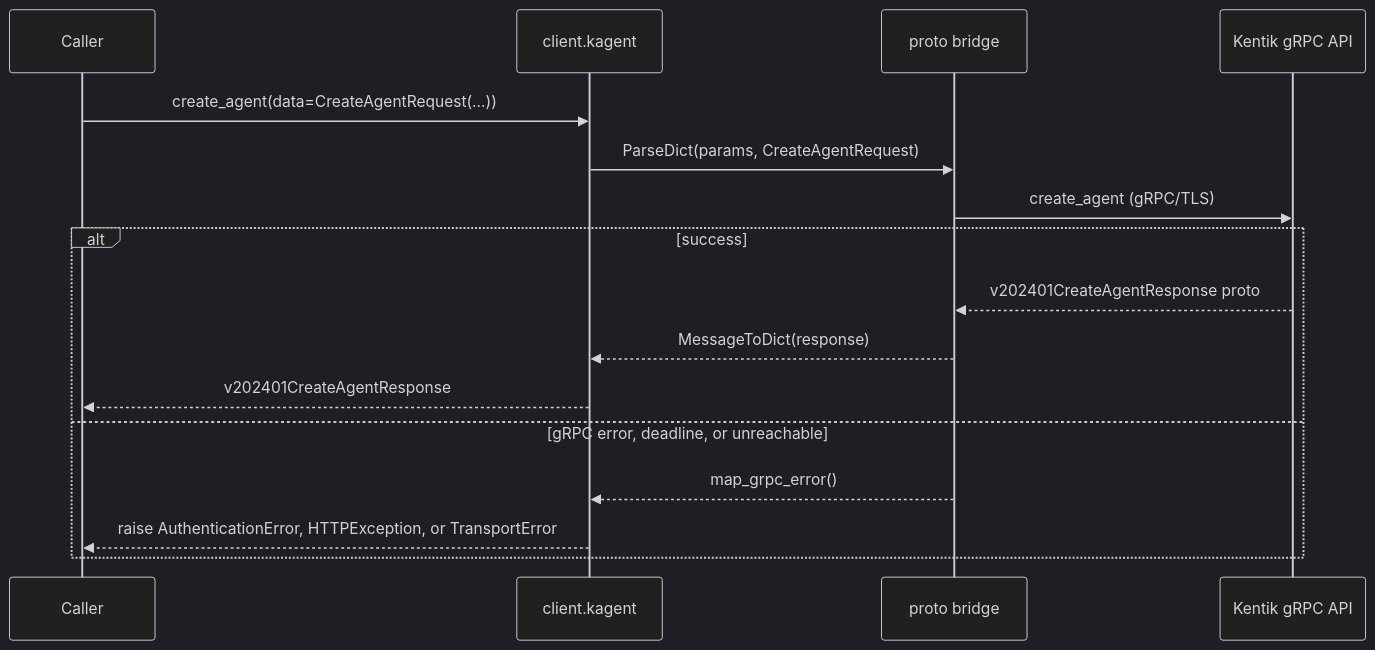
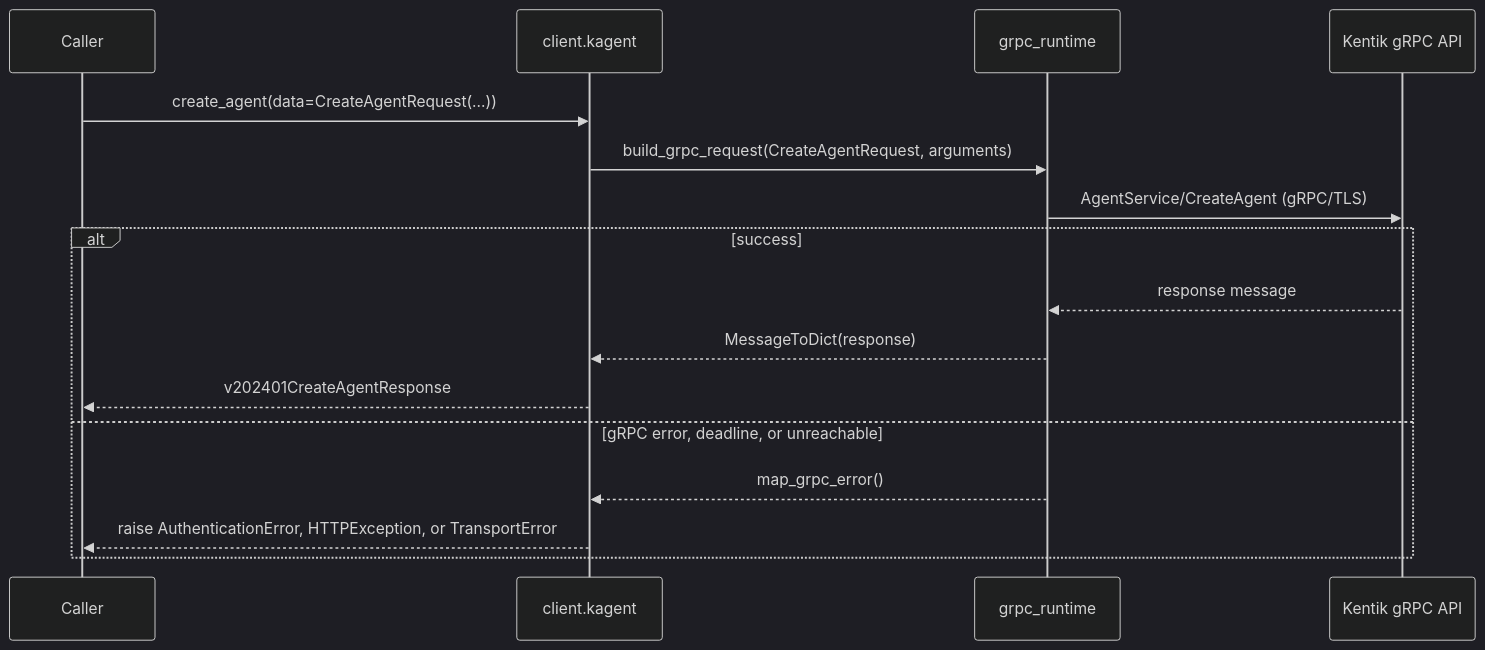
The fifth of 58 diagrams in docs/sphinx/services/kagent.md (alexdearaujo/community_sdk_python), drawn with Mermaid (dark theme) before and after one commit. The commit also changed other lines of this file and 37 other files, not shown here.

First line of the commit message:
docs: show the real RPC in each service page's gRPC diagram

````diff
--- a/docs/sphinx/services/kagent.md
+++ b/docs/sphinx/services/kagent.md
@@ -138,19 +138,19 @@
 ```mermaid
 sequenceDiagram
     participant C as Caller
     participant W as client.kagent
-    participant B as proto bridge
+    participant R as grpc_runtime
     participant API as Kentik gRPC API
 
     C->>W: create_agent(data=CreateAgentRequest(...))
-    W->>B: ParseDict(params, CreateAgentRequest)
-    B->>API: create_agent (gRPC/TLS)
+    W->>R: build_grpc_request(CreateAgentRequest, arguments)
+    R->>API: AgentService/CreateAgent (gRPC/TLS)
     alt success
-        API-->>B: v202401CreateAgentResponse proto
-        B-->>W: MessageToDict(response)
+        API-->>R: response message
+        R-->>W: MessageToDict(response)
         W-->>C: v202401CreateAgentResponse
     else gRPC error, deadline, or unreachable
-        B-->>W: map_grpc_error()
+        R-->>W: map_grpc_error()
         W-->>C: raise AuthenticationError, HTTPException, or TransportError
     end
 ```
````
